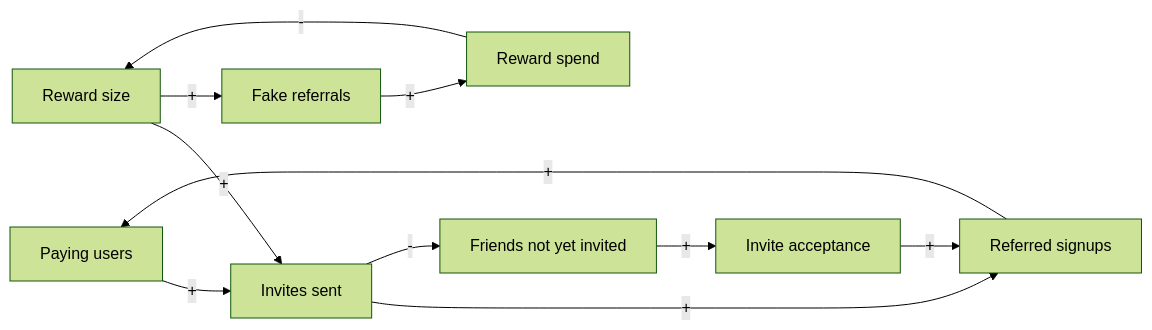
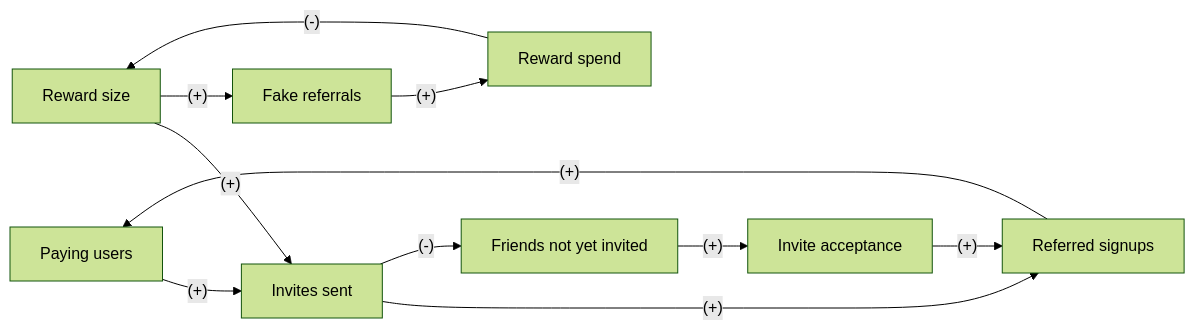
Before and after one commit to ardaasaroglu/reductionism-vs-systems-thinking: the second of 2 diagrams in skills/practice/references/cases/referral-reward.md, drawn with Mermaid (forest theme). The commit also changed 30 other files, not shown here.

Commit message:
v0.2.0: four more cases, hero image, evals, readable diagram signs

````diff
--- a/skills/practice/references/cases/referral-reward.md
+++ b/skills/practice/references/cases/referral-reward.md
@@ -52,13 +52,13 @@
 ```mermaid
 flowchart LR
-  P[Paying users] -->|+| I[Invites sent]
-  I -->|+| N[Referred signups]
-  N -->|+| P
-  I -->|-| U[Friends not yet invited]
-  U -->|+| A[Invite acceptance]
-  A -->|+| N
-  W[Reward size] -->|+| I
-  W -->|+| F[Fake referrals]
-  F -->|+| S[Reward spend]
-  S -->|-| W
+  P[Paying users] -->|"(+)"| I[Invites sent]
+  I -->|"(+)"| N[Referred signups]
+  N -->|"(+)"| P
+  I -->|"(-)"| U[Friends not yet invited]
+  U -->|"(+)"| A[Invite acceptance]
+  A -->|"(+)"| N
+  W[Reward size] -->|"(+)"| I
+  W -->|"(+)"| F[Fake referrals]
+  F -->|"(+)"| S[Reward spend]
+  S -->|"(-)"| W
 ```
````
